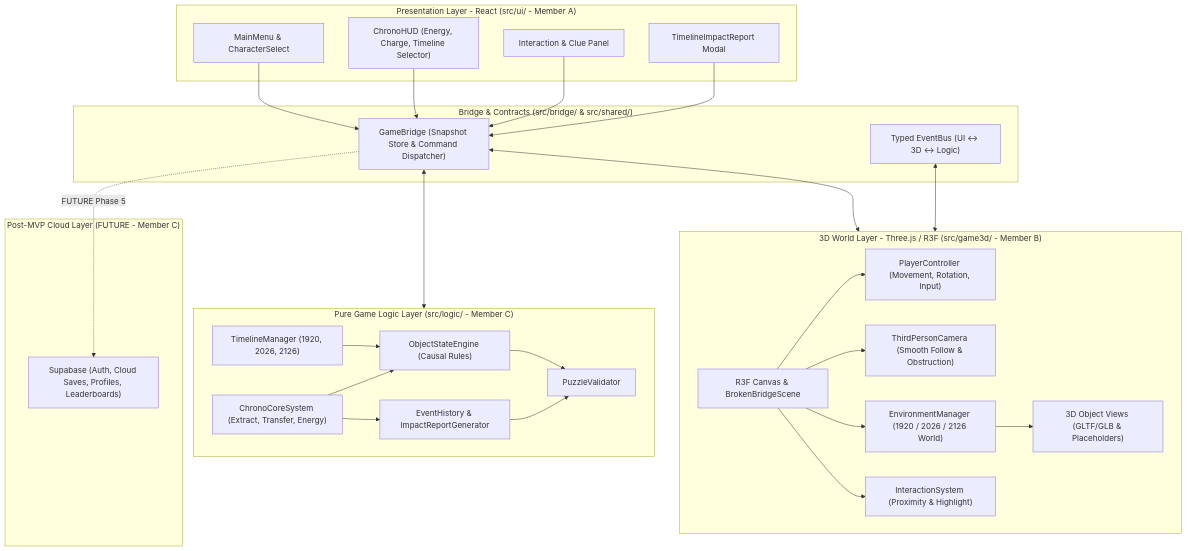
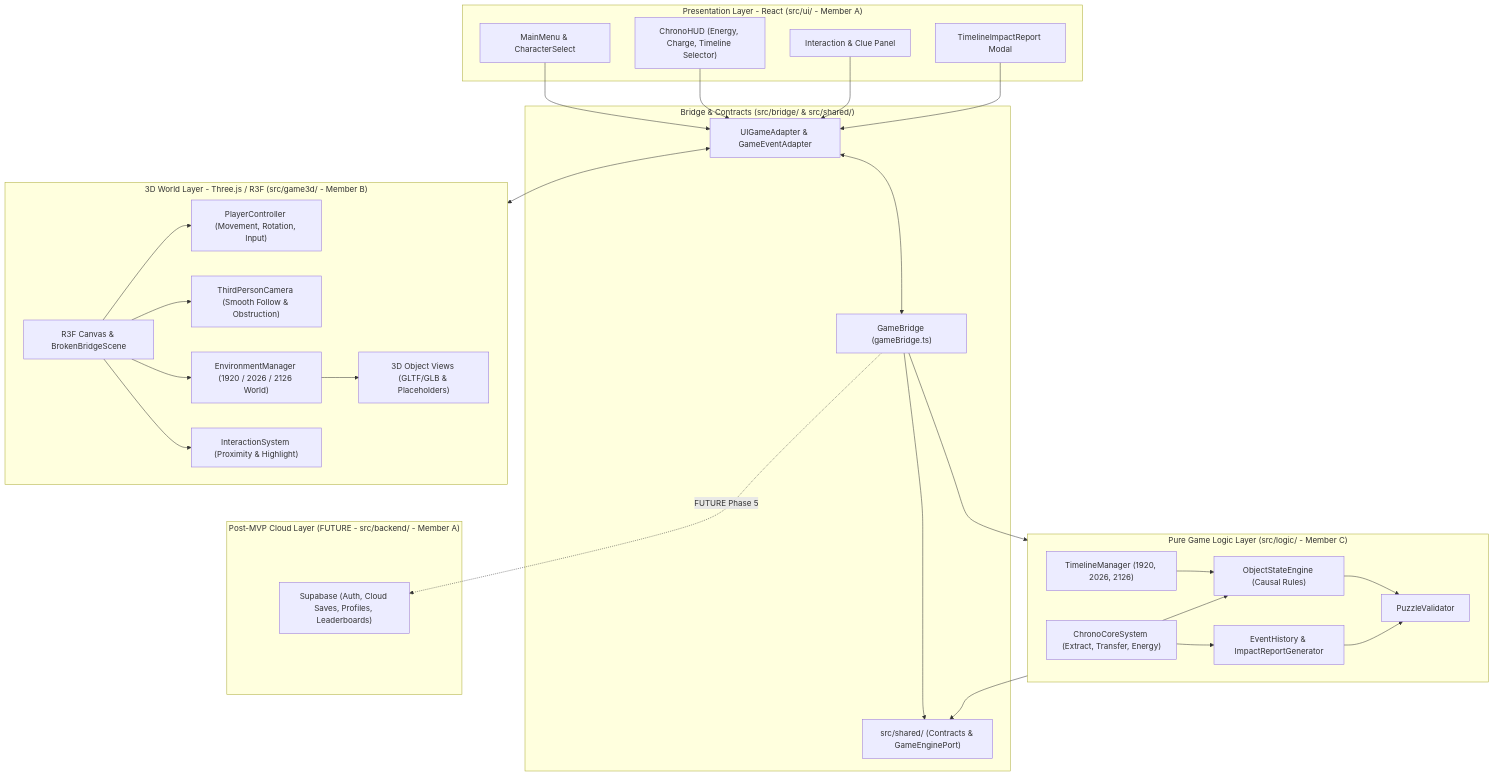
One commit to IfaJucka/Time-Thief changed the diagram in docs/ARCHITECTURE.md. Above: the diagram before and after it, drawn with Mermaid. The commit also changed other lines of this file and 17 other files, not shown here.

Commit message:
Finalize shared contracts and integration bridge

````diff
--- a/docs/ARCHITECTURE.md
+++ b/docs/ARCHITECTURE.md
@@ -30,58 +31,61 @@
 ```mermaid
 flowchart TD
     subgraph UI["Presentation Layer - React (src/ui/ - Member A)"]
         Screens["MainMenu & CharacterSelect"]
         HUD["ChronoHUD (Energy, Charge, Timeline Selector)"]
         Clue["Interaction & Clue Panel"]
         Report["TimelineImpactReport Modal"]
     end
 
     subgraph Bridge["Bridge & Contracts (src/bridge/ & src/shared/)"]
-        GameBridge["GameBridge (Snapshot Store & Command Dispatcher)"]
-        EventBus["Typed EventBus (UI <-> 3D <-> Logic)"]
+        Shared["src/shared/ (Contracts & GameEnginePort)"]
+        GameBridge["GameBridge (gameBridge.ts)"]
+        Adapters["UIGameAdapter & GameEventAdapter"]
     end
 
     subgraph Game3D["3D World Layer - Three.js / R3F (src/game3d/ - Member B)"]
         Canvas["R3F Canvas & BrokenBridgeScene"]
         PlayerCtrl["PlayerController (Movement, Rotation, Input)"]
         Cam["ThirdPersonCamera (Smooth Follow & Obstruction)"]
         EnvMgr["EnvironmentManager (1920 / 2026 / 2126 World)"]
         Interact["InteractionSystem (Proximity & Highlight)"]
         ObjViews["3D Object Views (GLTF/GLB & Placeholders)"]
     end
 
     subgraph Logic["Pure Game Logic Layer (src/logic/ - Member C)"]
         TimelineMgr["TimelineManager (1920, 2026, 2126)"]
         ChronoSys["ChronoCoreSystem (Extract, Transfer, Energy)"]
         ObjEngine["ObjectStateEngine (Causal Rules)"]
         Validator["PuzzleValidator"]
         History["EventHistory & ImpactReportGenerator"]
     end
 
-    subgraph FutureCloud["Post-MVP Cloud Layer (FUTURE - Member C)"]
+    subgraph FutureCloud["Post-MVP Cloud Layer (FUTURE - src/backend/ - Member A)"]
         Supa["Supabase (Auth, Cloud Saves, Profiles, Leaderboards)"]
     end
 
-    Screens --> GameBridge
-    HUD --> GameBridge
-    Clue --> GameBridge
-    Report --> GameBridge
+    Screens --> Adapters
+    HUD --> Adapters
+    Clue --> Adapters
+    Report --> Adapters
 
-    GameBridge <--> Logic
-    EventBus <--> Game3D
-    GameBridge <--> Game3D
+    Adapters <--> GameBridge
+    GameBridge --> Shared
+    GameBridge --> Logic
+    Logic --> Shared
+    Adapters <--> Game3D
 
     TimelineMgr --> ObjEngine
     ChronoSys --> ObjEngine
     ObjEngine --> Validator
     ChronoSys --> History
     History --> Validator
 
     Canvas --> PlayerCtrl
     Canvas --> Cam
     Canvas --> EnvMgr
     Canvas --> Interact
     EnvMgr --> ObjViews
 
     GameBridge -. "FUTURE Phase 5" .-> Supa
 ```
````
